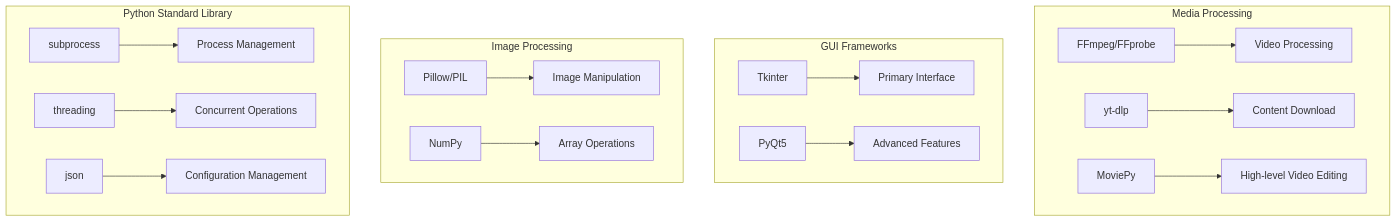
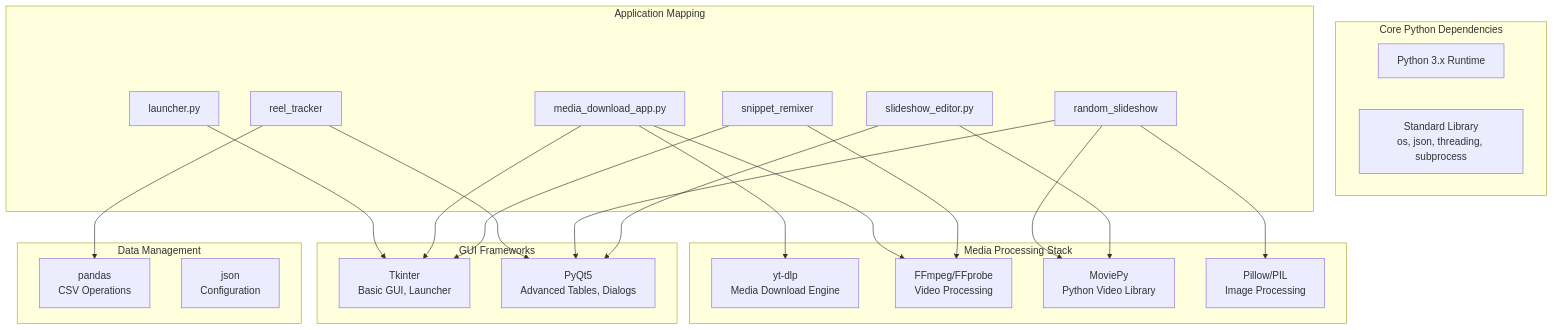
One commit to blakedemarest/BEDROT-Media-Suite changed diagram 12 of 15 in ARCHITECTURE_DOCUMENTATION.md. Above: the diagram before and after it, drawn with Mermaid. The commit also changed other lines of this file and 54 other files, not shown here.

````diff
--- a/ARCHITECTURE_DOCUMENTATION.md
+++ b/ARCHITECTURE_DOCUMENTATION.md
@@ -393,24 +623,44 @@
 ```mermaid
 graph TB
-    subgraph "Media Processing"
-        A[FFmpeg/FFprobe] --> B[Video Processing]
-        C[yt-dlp] --> D[Content Download]
-        E[MoviePy] --> F[High-level Video Editing]
+    subgraph "Core Python Dependencies"
+        PYTHON[Python 3.x Runtime]
+        STD[Standard Library<br/>os, json, threading, subprocess]
     end
     
     subgraph "GUI Frameworks"
-        G[Tkinter] --> H[Primary Interface]
-        I[PyQt5] --> J[Advanced Features]
+        TK[Tkinter<br/>Basic GUI, Launcher]
+        QT[PyQt5<br/>Advanced Tables, Dialogs]
     end
     
-    subgraph "Image Processing"
-        K[Pillow/PIL] --> L[Image Manipulation]
-        M[NumPy] --> N[Array Operations]
+    subgraph "Media Processing Stack"
+        YTDLP[yt-dlp<br/>Media Download Engine]
+        FFMPEG[FFmpeg/FFprobe<br/>Video Processing]
+        MOVIEPY[MoviePy<br/>Python Video Library]
+        PIL[Pillow/PIL<br/>Image Processing]
     end
     
-    subgraph "Python Standard Library"
-        O[subprocess] --> P[Process Management]
-        Q[threading] --> R[Concurrent Operations]
-        S[json] --> T[Configuration Management]
+    subgraph "Data Management"
+        PANDAS[pandas<br/>CSV Operations]
+        JSON_LIB[json<br/>Configuration]
+    end
+    
+    subgraph "Application Mapping"
+        LAUNCHER[launcher.py] --> TK
+        MEDIA_DL[media_download_app.py] --> TK
+        MEDIA_DL --> YTDLP
+        MEDIA_DL --> FFMPEG
+        
+        REEL[reel_tracker] --> QT
+        REEL --> PANDAS
+        
+        SNIPPET[snippet_remixer] --> TK
+        SNIPPET --> FFMPEG
+        
+        SLIDESHOW[random_slideshow] --> QT
+        SLIDESHOW --> PIL
+        SLIDESHOW --> MOVIEPY
+        
+        EDITOR[slideshow_editor.py] --> QT
+        EDITOR --> MOVIEPY
     end
 ```
````
